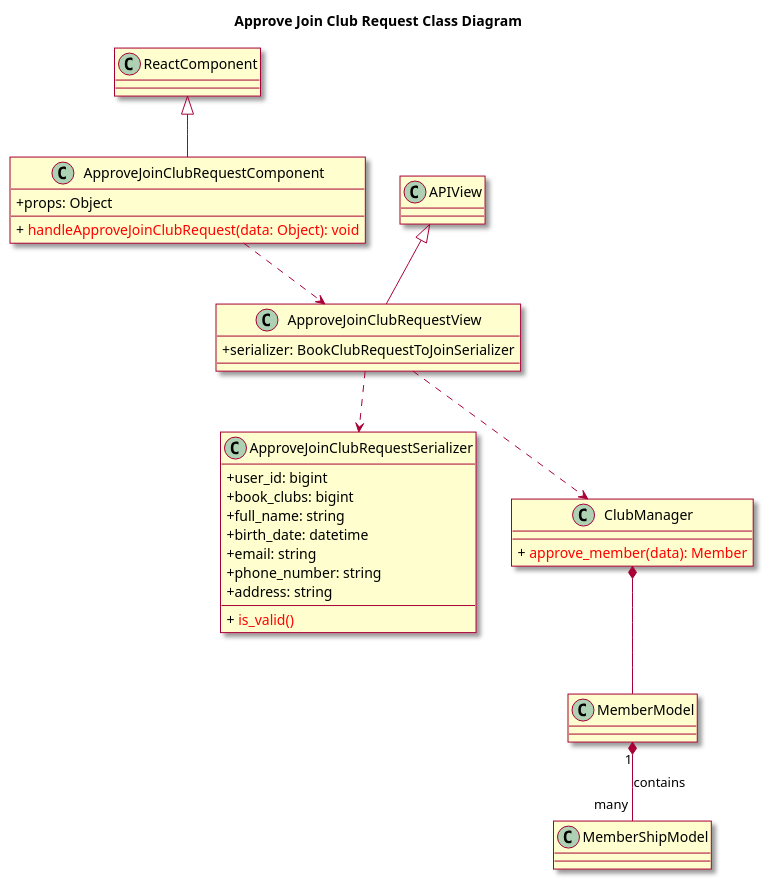
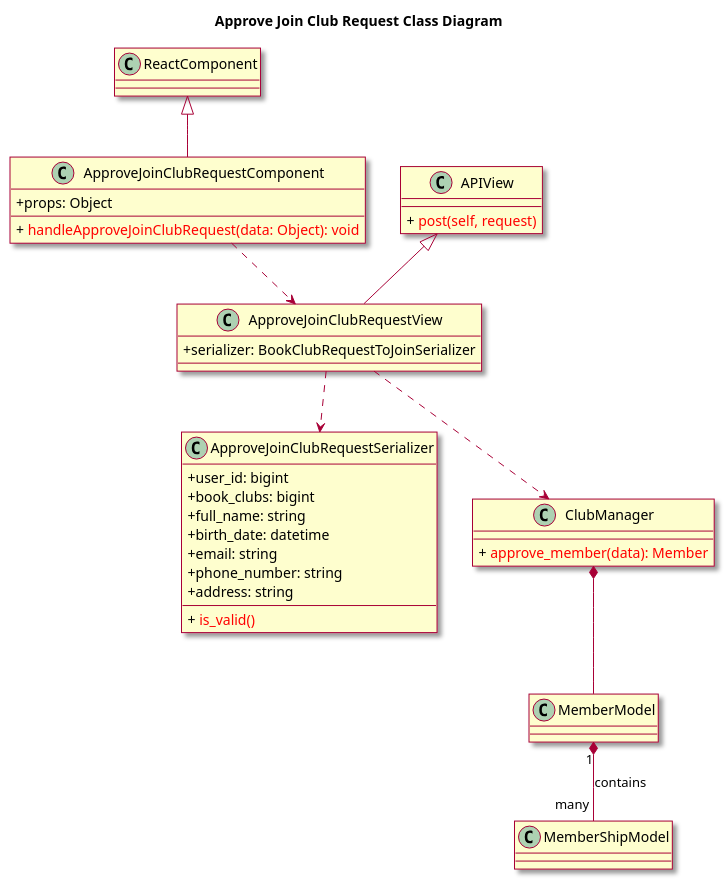
The diagram in uml/021-class-approve-join-club-request.wsd (ljttl3q04t/Book-Over-There), drawn with PlantUML before and after one commit.

Commit message:
update approve join club

```diff
--- a/uml/021-class-approve-join-club-request.wsd
+++ b/uml/021-class-approve-join-club-request.wsd
@@ -1,41 +1,43 @@
 @startuml
 
 skin rose
 skinparam classAttributeIconSize 0
 
 title Approve Join Club Request Class Diagram
 class ReactComponent
 
 class ApproveJoinClubRequestComponent {
 	+ props: Object
 	+ {method} <color:red> handleApproveJoinClubRequest(data: Object): void
 }
 class ApproveJoinClubRequestView {
   + serializer: BookClubRequestToJoinSerializer
 }
-
+class APIView {
+	+ {method} <color:red> post(self, request)
+}
 class ApproveJoinClubRequestSerializer {
   + user_id: bigint
   + book_clubs: bigint
   + full_name: string
   + birth_date: datetime 
   + email: string
   + phone_number: string
   + address: string
   + {method} <color:red> is_valid()
 }
 class ClubManager{
   + {method} <color:red> approve_member(data): Member
 }
 class MemberModel{
 
 }
 ReactComponent <|-- ApproveJoinClubRequestComponent
 APIView <|-- ApproveJoinClubRequestView
 ApproveJoinClubRequestComponent ..> ApproveJoinClubRequestView
 ApproveJoinClubRequestView ..> ApproveJoinClubRequestSerializer
 ApproveJoinClubRequestView ..> ClubManager
 ClubManager *-- MemberModel
 
 MemberModel "1" *-- "many" MemberShipModel : contains
 @enduml
```
